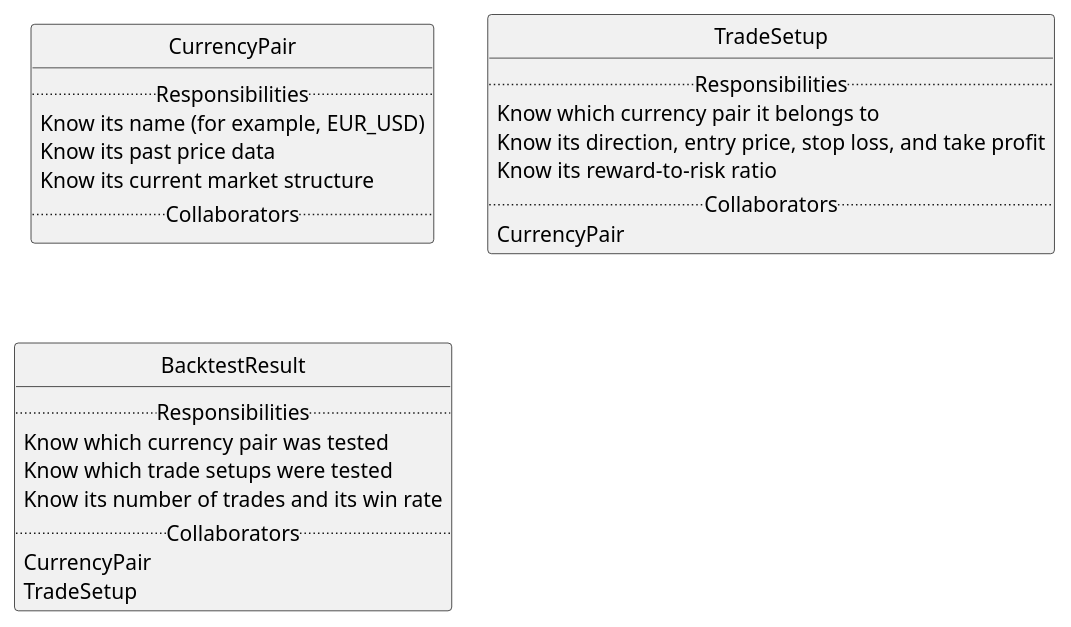
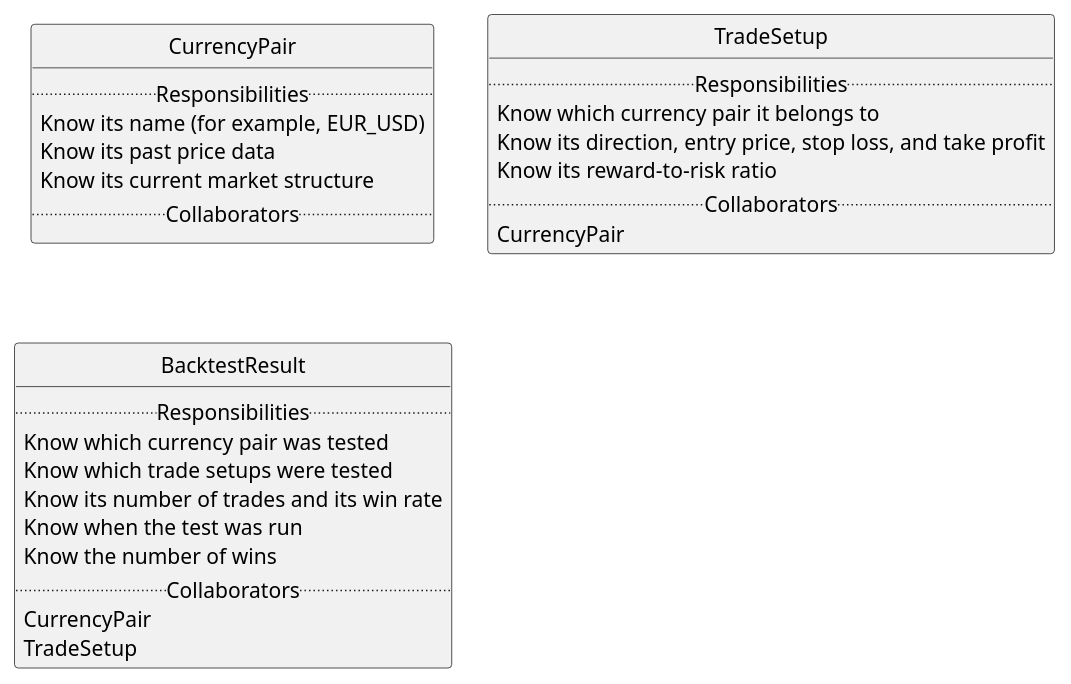
The diagram in docs/design/uml/crc.puml (dan119524/nexus-trade), drawn with PlantUML before and after one commit. The commit also changed 3 other files, not shown here.

Commit message:
Resolve Phase 02 diagram sync decisions

```diff
--- a/docs/design/uml/crc.puml
+++ b/docs/design/uml/crc.puml
@@ -1,33 +1,35 @@
 @startuml crc
 ' Source: docs/design/requirements.md, section "CRC Analysis"
 ' CRC cards only: no relationship arrows between cards.
 skinparam classAttributeIconSize 0
 hide circle
 
 class CurrencyPair {
   .. Responsibilities ..
   Know its name (for example, EUR_USD)
   Know its past price data
   Know its current market structure
   .. Collaborators ..
 }
 
 class TradeSetup {
   .. Responsibilities ..
   Know which currency pair it belongs to
   Know its direction, entry price, stop loss, and take profit
   Know its reward-to-risk ratio
   .. Collaborators ..
   CurrencyPair
 }
 
 class BacktestResult {
   .. Responsibilities ..
   Know which currency pair was tested
   Know which trade setups were tested
   Know its number of trades and its win rate
+  Know when the test was run
+  Know the number of wins
   .. Collaborators ..
   CurrencyPair
   TradeSetup
 }
 @enduml
```
